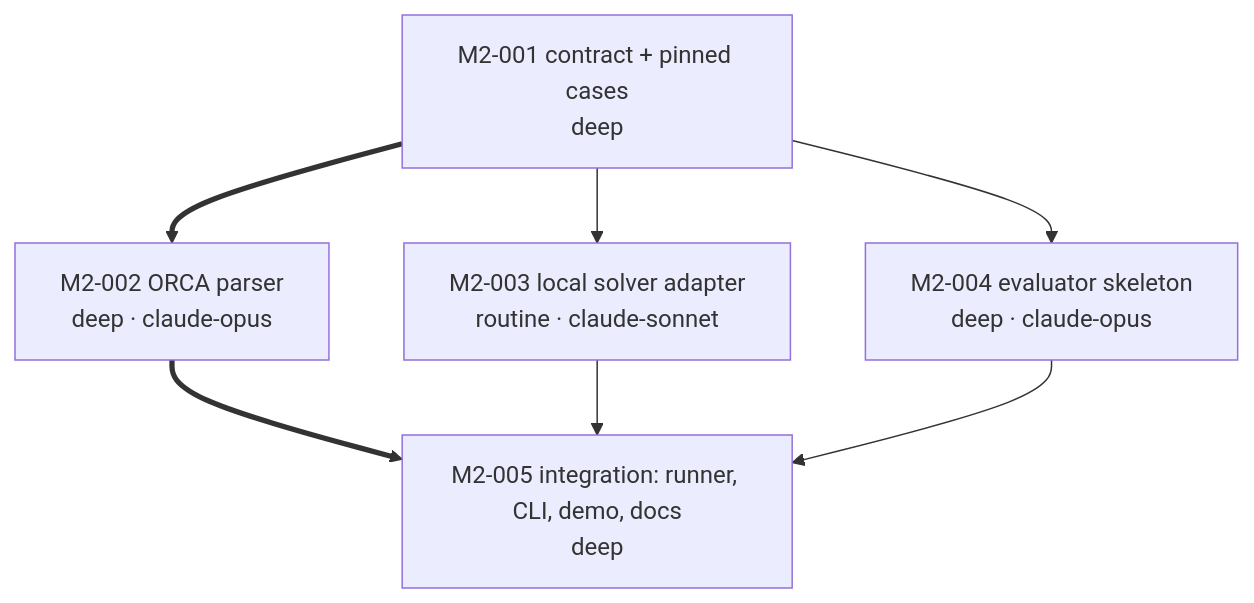
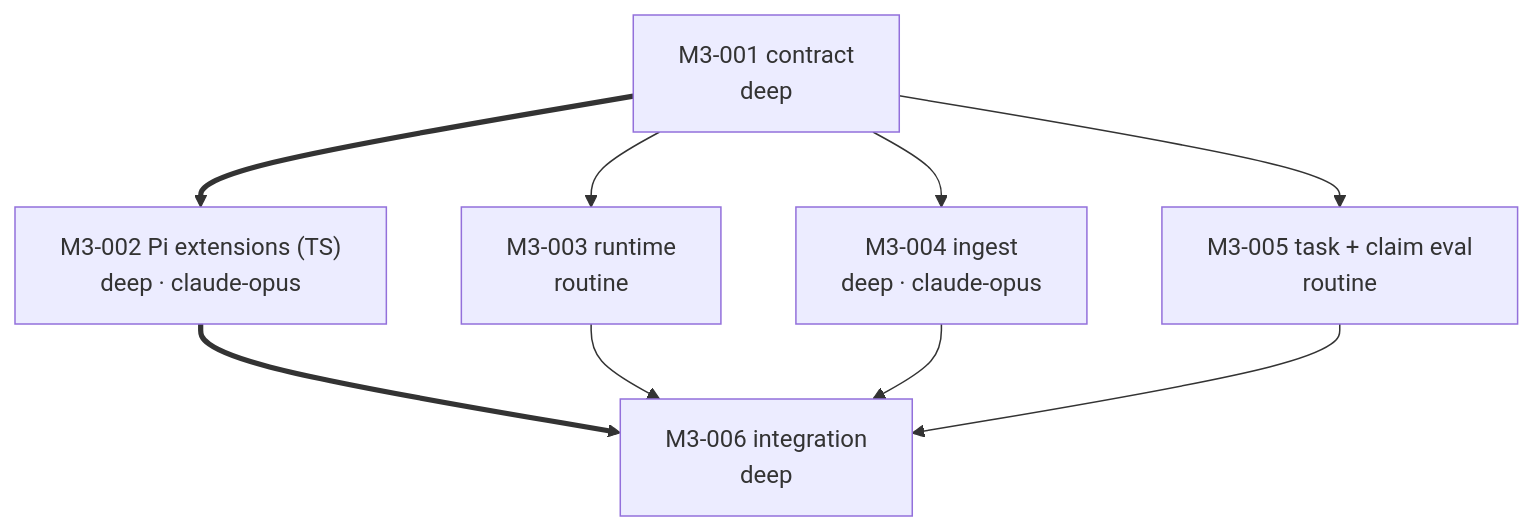
One commit to vu1n/onoda changed the diagram in PLAN.md. Above: the diagram before and after it, drawn with Mermaid. The commit also changed other lines of this file and 12 other files, not shown here.

First line of the commit message:
M3-001: Pi adapter contract, pinned Pi/SoL-Pi runtime, M3 plan

````diff
--- a/PLAN.md
+++ b/PLAN.md
@@ -162,9 +268,11 @@
 ```mermaid
 flowchart TD
-    M2_001["M2-001 contract + pinned cases<br/>deep"] ==> M2_002["M2-002 ORCA parser<br/>deep · claude-opus"]
-    M2_001 --> M2_003["M2-003 local solver adapter<br/>routine · claude-sonnet"]
-    M2_001 --> M2_004["M2-004 evaluator skeleton<br/>deep · claude-opus"]
-    M2_002 ==> M2_005["M2-005 integration: runner, CLI, demo, docs<br/>deep"]
-    M2_003 --> M2_005
-    M2_004 --> M2_005
+    M3_001["M3-001 contract<br/>deep"] ==> M3_002["M3-002 Pi extensions (TS)<br/>deep · claude-opus"]
+    M3_001 --> M3_003["M3-003 runtime<br/>routine"]
+    M3_001 --> M3_004["M3-004 ingest<br/>deep · claude-opus"]
+    M3_001 --> M3_005["M3-005 task + claim eval<br/>routine"]
+    M3_002 ==> M3_006["M3-006 integration<br/>deep"]
+    M3_003 --> M3_006
+    M3_004 --> M3_006
+    M3_005 --> M3_006
 ```
````
